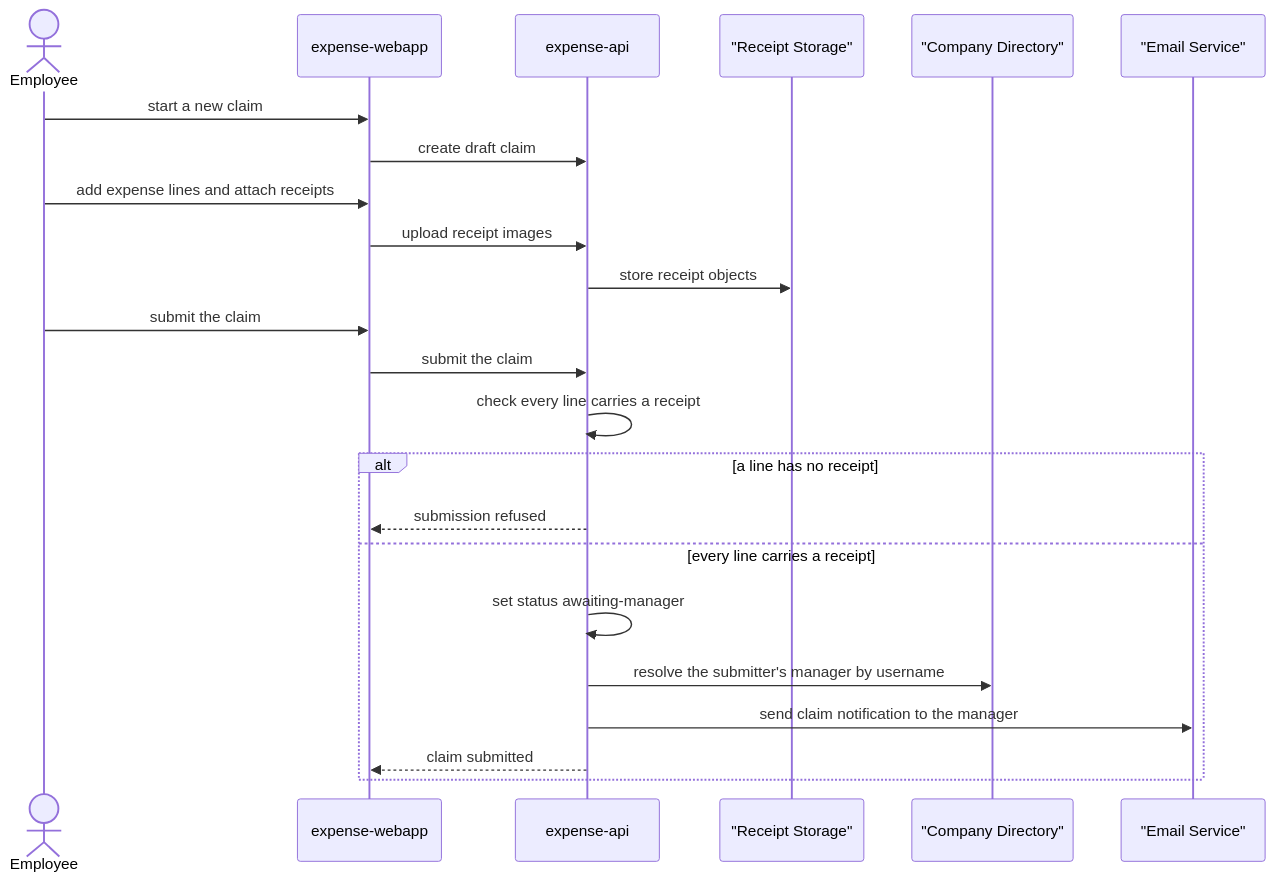
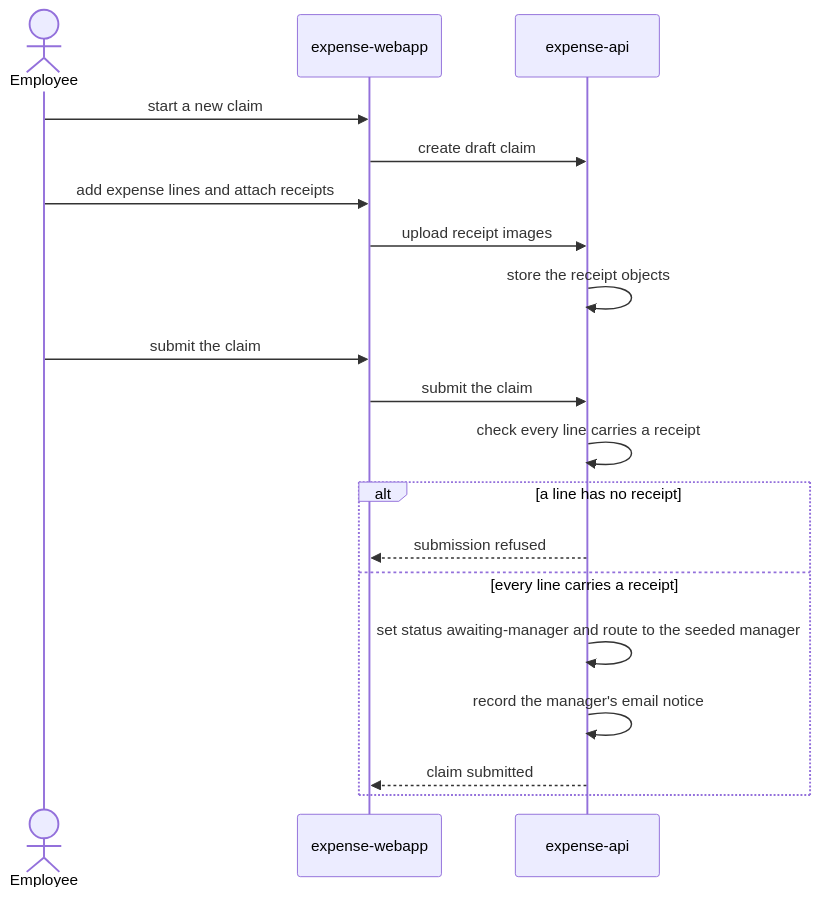
One commit to asdlc-repos/employees-submit-expense23112 changed the diagram in specs/design/flows/submit-expense-claim.md. Above: the diagram before and after it, drawn with Mermaid. The commit also changed 12 other files, not shown here.

````diff
--- a/specs/design/flows/submit-expense-claim.md
+++ b/specs/design/flows/submit-expense-claim.md
@@ -5,26 +5,22 @@
 ```mermaid
 sequenceDiagram
     actor Employee
     participant expense-webapp
     participant expense-api
-    participant object-storage-service as "Receipt Storage"
-    participant directory-service as "Company Directory"
-    participant email-service as "Email Service"
 
     Employee->>expense-webapp: start a new claim
     expense-webapp->>expense-api: create draft claim
     Employee->>expense-webapp: add expense lines and attach receipts
     expense-webapp->>expense-api: upload receipt images
-    expense-api->>object-storage-service: store receipt objects
+    expense-api->>expense-api: store the receipt objects
     Employee->>expense-webapp: submit the claim
     expense-webapp->>expense-api: submit the claim
     expense-api->>expense-api: check every line carries a receipt
     alt a line has no receipt
         expense-api-->>expense-webapp: submission refused
     else every line carries a receipt
-        expense-api->>expense-api: set status awaiting-manager
-        expense-api->>directory-service: resolve the submitter's manager by username
-        expense-api->>email-service: send claim notification to the manager
+        expense-api->>expense-api: set status awaiting-manager and route to the seeded manager
+        expense-api->>expense-api: record the manager's email notice
         expense-api-->>expense-webapp: claim submitted
     end
 ```
````
